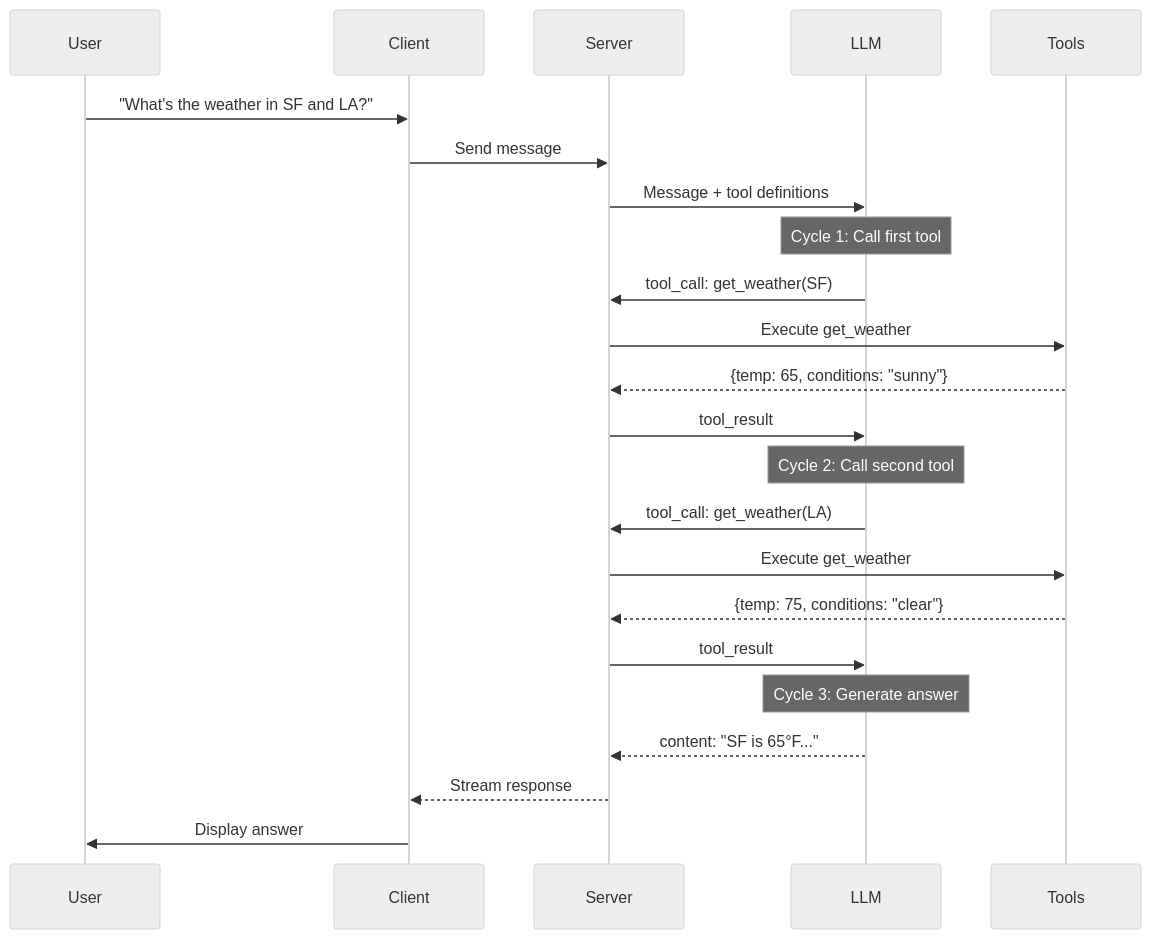
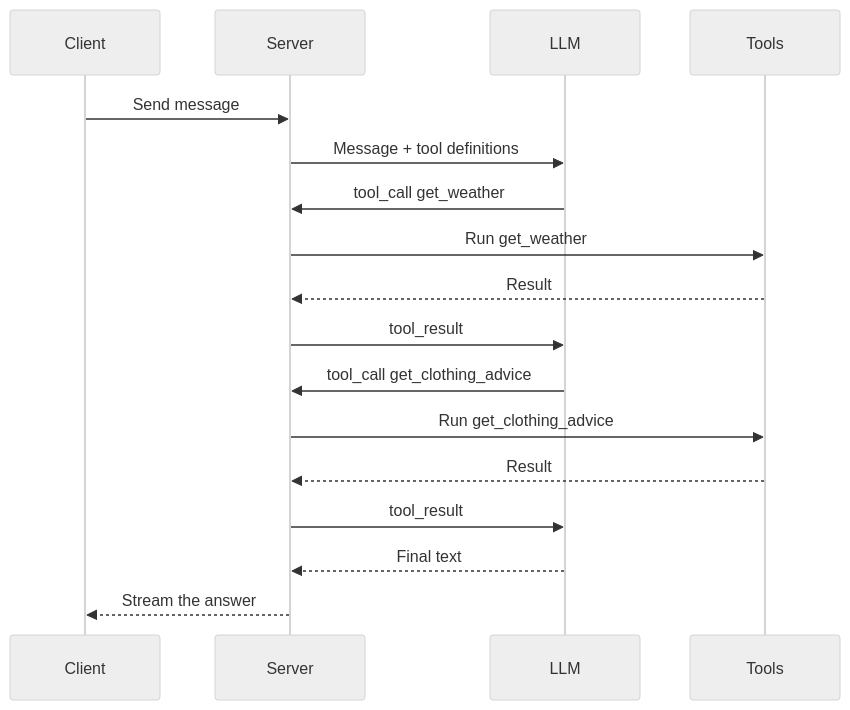
One commit to AlexDemzz/ai changed the diagram in docs/chat/agentic-cycle.md. Above: the diagram before and after it, drawn with Mermaid (neutral theme). The commit also changed other lines of this file and 2024 other files, not shown here.

````diff
--- a/docs/chat/agentic-cycle.md
+++ b/docs/chat/agentic-cycle.md
@@ -48,32 +127,20 @@
 ```mermaid
 sequenceDiagram
-    participant User
     participant Client
     participant Server
     participant LLM
     participant Tools
-    
-    User->>Client: "What's the weather in SF and LA?"
+
     Client->>Server: Send message
     Server->>LLM: Message + tool definitions
-    
-    Note over LLM: Cycle 1: Call first tool
-    
-    LLM->>Server: tool_call: get_weather(SF)
-    Server->>Tools: Execute get_weather
-    Tools-->>Server: {temp: 65, conditions: "sunny"}
+    LLM->>Server: tool_call get_weather
+    Server->>Tools: Run get_weather
+    Tools-->>Server: Result
     Server->>LLM: tool_result
-    
-    Note over LLM: Cycle 2: Call second tool
-    
-    LLM->>Server: tool_call: get_weather(LA)
-    Server->>Tools: Execute get_weather
-    Tools-->>Server: {temp: 75, conditions: "clear"}
+    LLM->>Server: tool_call get_clothing_advice
+    Server->>Tools: Run get_clothing_advice
+    Tools-->>Server: Result
     Server->>LLM: tool_result
-    
-    Note over LLM: Cycle 3: Generate answer
-    
-    LLM-->>Server: content: "SF is 65°F..."
-    Server-->>Client: Stream response
-    Client->>User: Display answer
+    LLM-->>Server: Final text
+    Server-->>Client: Stream the answer
 ```
````
